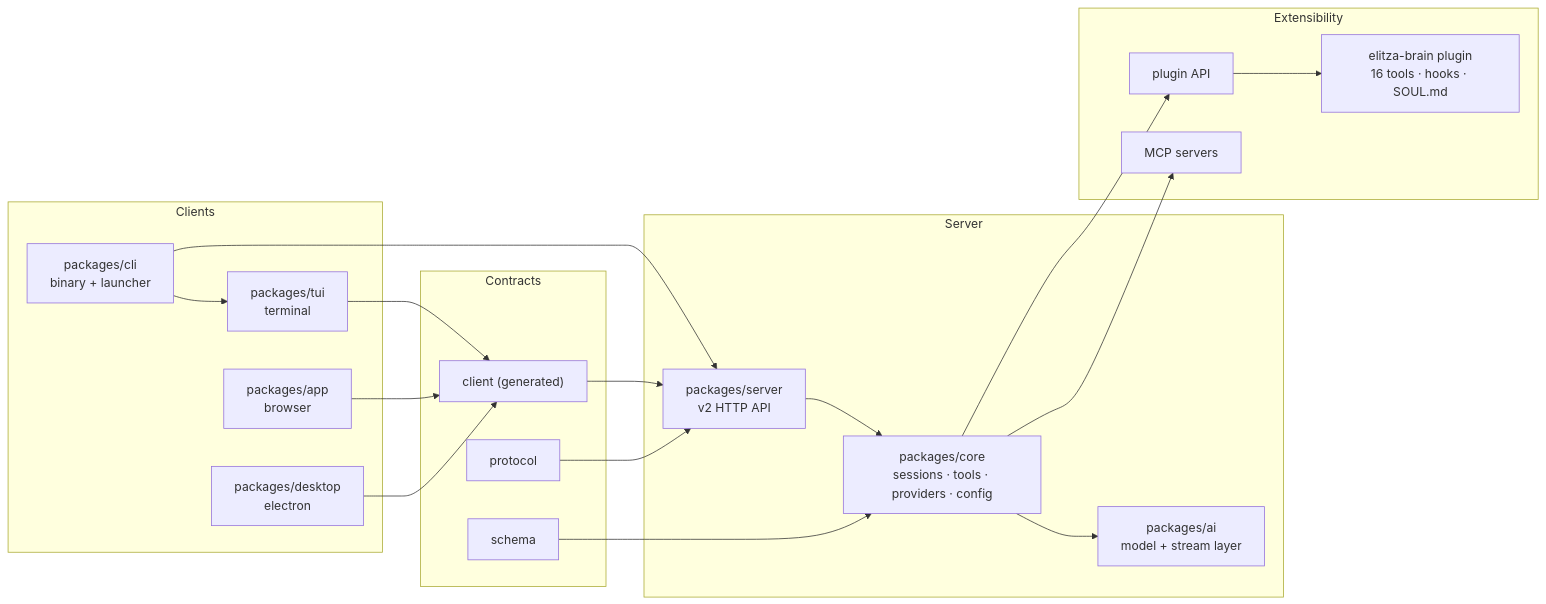
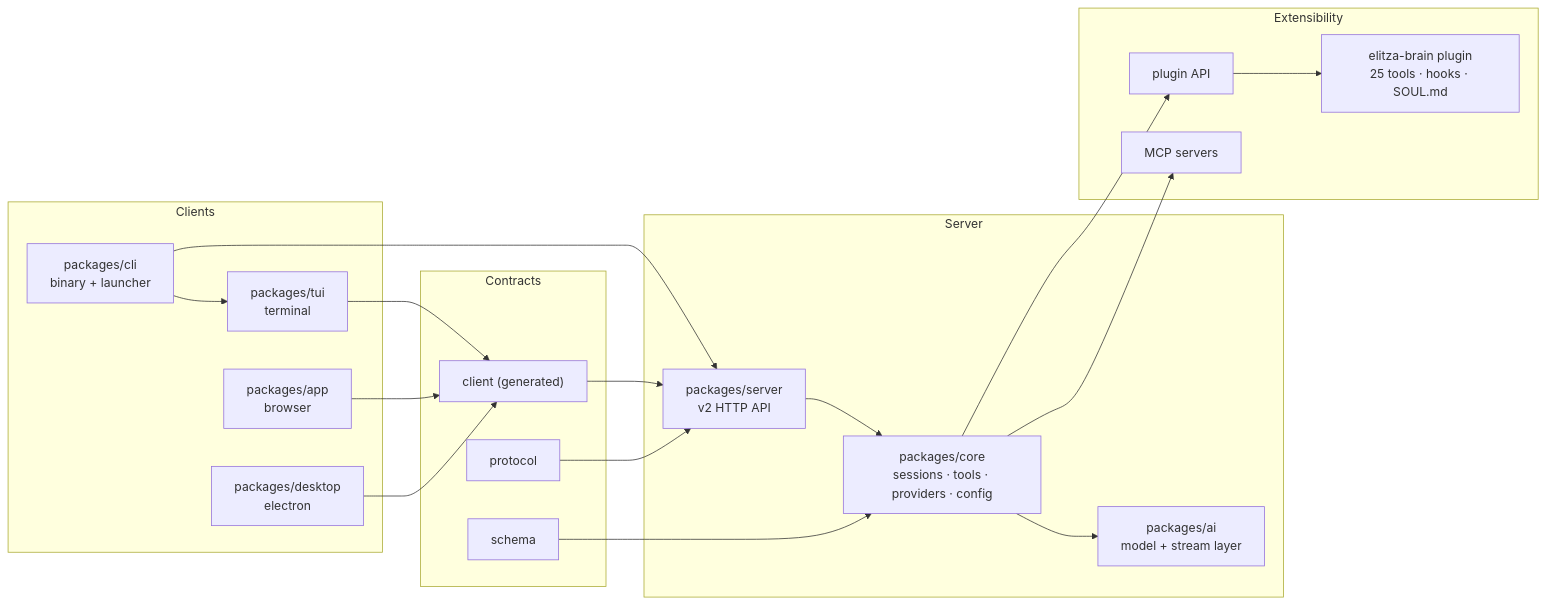
One commit to dario-cositore/elitza-code changed the diagram in README.md. Above: the diagram before and after it, drawn with Mermaid. The commit also changed other lines of this file and 14 other files, not shown here.

````diff
--- a/README.md
+++ b/README.md
@@ -213,41 +243,41 @@
 ```mermaid
 flowchart LR
     subgraph Clients
         TUI["packages/tui<br/>terminal"]
         WEB["packages/app<br/>browser"]
         DESK["packages/desktop<br/>electron"]
         CLI["packages/cli<br/>binary + launcher"]
     end
 
     subgraph Server
         API["packages/server<br/>v2 HTTP API"]
         CORE["packages/core<br/>sessions · tools · providers · config"]
         AI["packages/ai<br/>model + stream layer"]
     end
 
     subgraph Contracts
         SCH["schema"]
         PROTO["protocol"]
         CLIENT["client (generated)"]
     end
 
     subgraph Extensibility
         PLUG["plugin API"]
-        BRAIN["elitza-brain plugin<br/>16 tools · hooks · SOUL.md"]
+        BRAIN["elitza-brain plugin<br/>25 tools · hooks · SOUL.md"]
         MCP["MCP servers"]
     end
 
     TUI --> CLIENT
     WEB --> CLIENT
     DESK --> CLIENT
     CLI --> TUI
     CLI --> API
     CLIENT --> API
     API --> CORE
     CORE --> AI
     CORE --> PLUG
     PLUG --> BRAIN
     CORE --> MCP
     SCH --> CORE
     PROTO --> API
 ```
````
